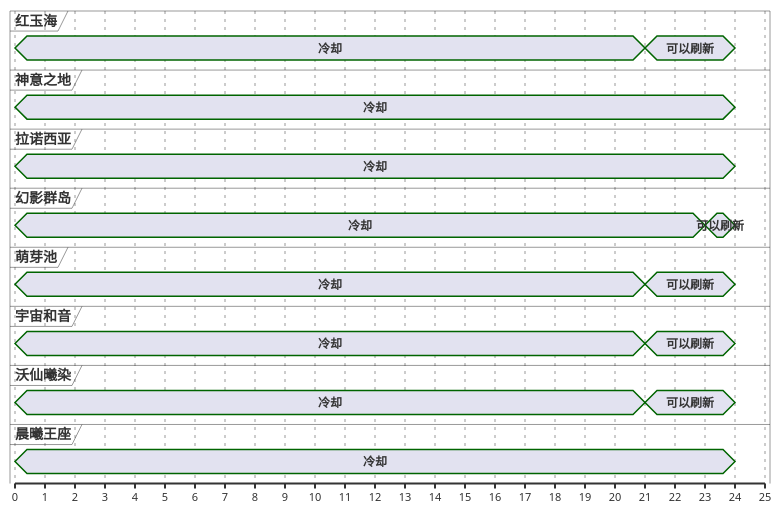
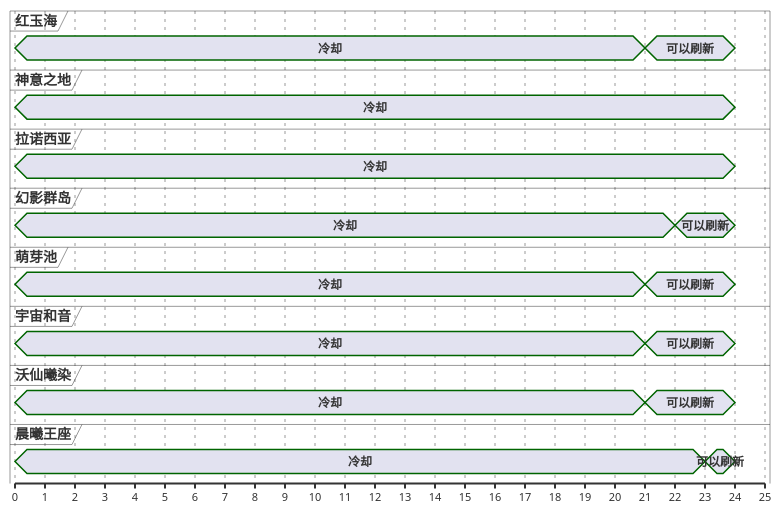
One commit to Eroleice/doc-pi changed the first of 13 diagrams in ffxiv/hunt/2.0/Croque-mitaine.md. Above: the diagram before and after it, drawn with PlantUML. The commit also changed other lines of this file and 38 other files, not shown here.

````diff
--- a/ffxiv/hunt/2.0/Croque-mitaine.md
+++ b/ffxiv/hunt/2.0/Croque-mitaine.md
@@ -33,52 +33,53 @@
 ```plantuml
 @startuml
 scale 1 as 30 pixels
 
 concise 红玉海
 concise 神意之地
 concise 拉诺西亚
 concise 幻影群岛
 concise 萌芽池
 concise 宇宙和音
 concise 沃仙曦染
 concise 晨曦王座
 
 @萌芽池
 0 is 冷却
 21 is 可以刷新
 24 is {hidden}
 
 @宇宙和音
 0 is 冷却
 21 is 可以刷新
 24 is {hidden}
 
 @红玉海
 0 is 冷却
 21 is 可以刷新
 24 is {hidden}
 
 @沃仙曦染
 0 is 冷却
 21 is 可以刷新
 24 is {hidden}
 
 @幻影群岛
 0 is 冷却
-23 is 可以刷新
+22 is 可以刷新
 24 is {hidden}
 
 @晨曦王座
 0 is 冷却
+23 is 可以刷新
 24 is {hidden}
 
 @拉诺西亚
 0 is 冷却
 24 is {hidden}
 
 @神意之地
 0 is 冷却
 24 is {hidden}
 
 @enduml
 ```
````
